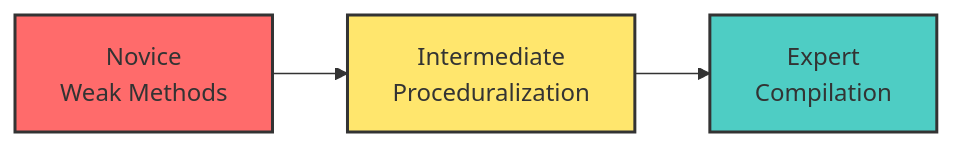
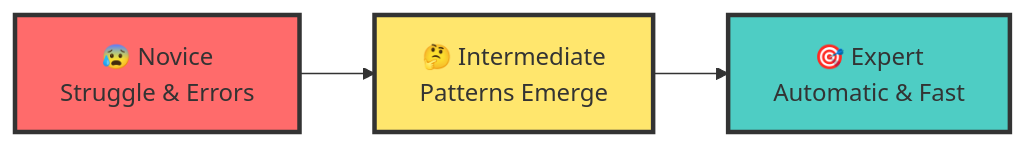
Before and after one commit to virtuelleakademie/denken-statt-delegieren: the first of 3 diagrams in slides/how-humans-learn/index.qmd, drawn with Mermaid. The commit also changed other lines of this file, not shown here.

````diff
--- a/slides/how-humans-learn/index.qmd
+++ b/slides/how-humans-learn/index.qmd
@@ -60,9 +67,9 @@
 ```{mermaid}
 graph LR
-    A[Novice<br/>Weak Methods] --> B[Intermediate<br/>Proceduralization]
-    B --> C[Expert<br/>Compilation]
+    A[😰 Novice<br/>Struggle & Errors] --> B[🤔 Intermediate<br/>Patterns Emerge]
+    B --> C[🎯 Expert<br/>Automatic & Fast]
     
-    style A fill:#ff6b6b,stroke:#333,stroke-width:2px
-    style B fill:#ffe66d,stroke:#333,stroke-width:2px
-    style C fill:#4ecdc4,stroke:#333,stroke-width:2px
+    style A fill:#ff6b6b,stroke:#333,stroke-width:3px
+    style B fill:#ffe66d,stroke:#333,stroke-width:3px
+    style C fill:#4ecdc4,stroke:#333,stroke-width:3px
 ```
````
